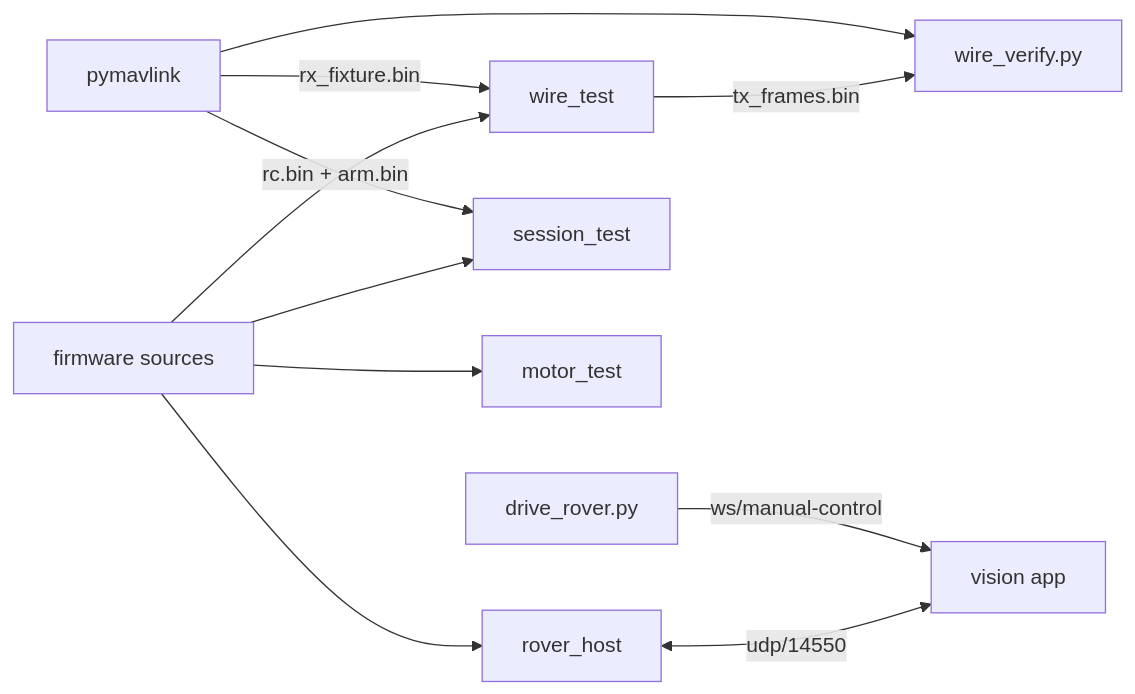
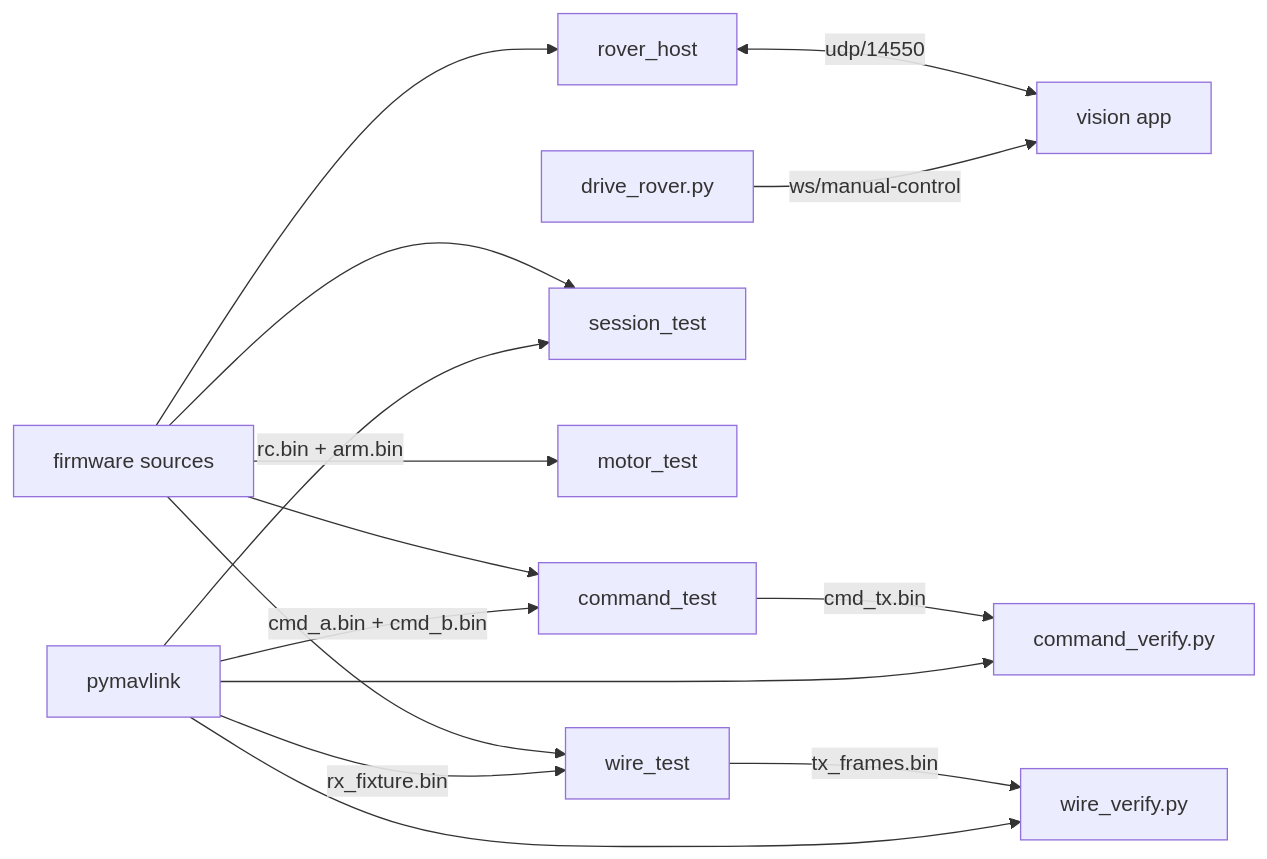
One commit to VladTetyorko/computer.vision changed the diagram in infra/rover-sim/README.md. Above: the diagram before and after it, drawn with Mermaid. The commit also changed other lines of this file and 12 other files, not shown here.

````diff
--- a/infra/rover-sim/README.md
+++ b/infra/rover-sim/README.md
@@ -31,13 +31,17 @@
 ```mermaid
 flowchart LR
   F[firmware sources] --> W[wire_test]
   F --> R[rover_host]
   F --> S[session_test]
   F --> M[motor_test]
+  F --> C[command_test]
   P[pymavlink] -- "rc.bin + arm.bin" --> S
   P[pymavlink] -- rx_fixture.bin --> W
+  P -- "cmd_a.bin + cmd_b.bin" --> C
   W -- tx_frames.bin --> V[wire_verify.py]
+  C -- cmd_tx.bin --> CV[command_verify.py]
   P --> V
+  P --> CV
   R <-- "udp/14550" --> A[vision app]
   D[drive_rover.py] -- "ws/manual-control" --> A
 ```
````
